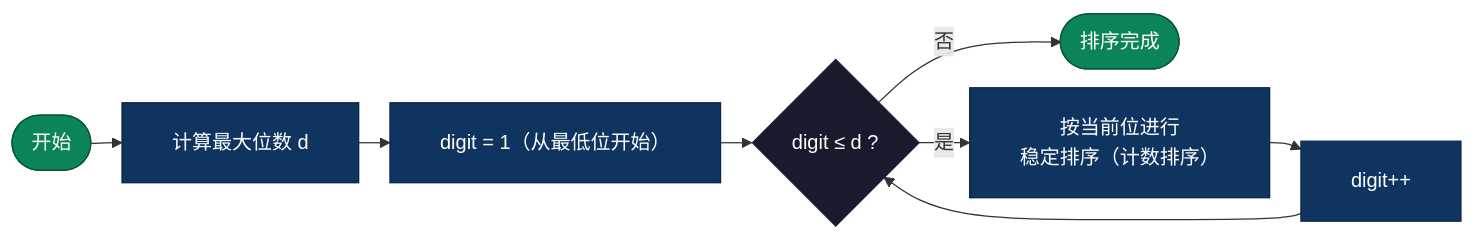
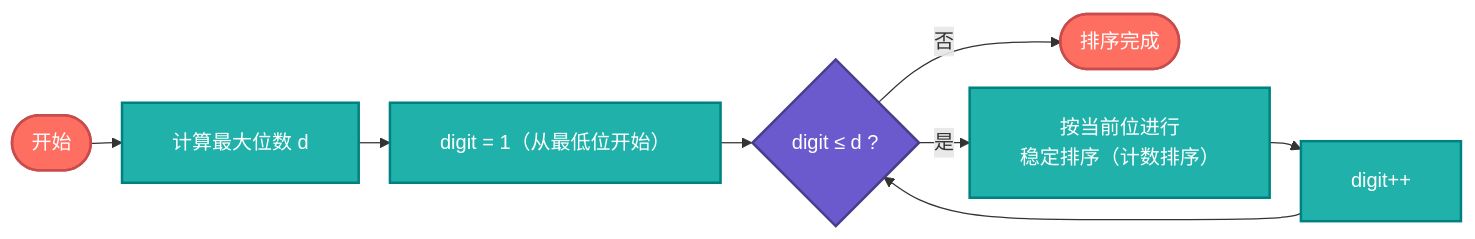
Diagram 11 of 14 in sorting/AI-Era-Top-10-Sorting-Algorithms.md (microwind/algorithms), drawn with Mermaid before and after one commit. The commit also changed other lines of this file and 36 other files, not shown here.

````diff
--- a/sorting/AI-Era-Top-10-Sorting-Algorithms.md
+++ b/sorting/AI-Era-Top-10-Sorting-Algorithms.md
@@ -679,19 +691,19 @@
 ```mermaid
 %%{init: {'flowchart': {'nodeSpacing': 15, 'rankSpacing': 25, 'padding': 20}}}%%
 graph LR
     S(["开始"]) --> MAXD["计算最大位数 d"]
     MAXD --> DINIT["digit = 1（从最低位开始）"]
     DINIT --> DCHK{"digit ≤ d ?"}
     DCHK -->|"否"| END(["排序完成"])
     DCHK -->|"是"| STABLE["按当前位进行\n稳定排序（计数排序）"]
     STABLE --> NEXT["digit++"]
     NEXT --> DCHK
 
-    classDef start fill:#0b8457,color:#fff,stroke:#065535
-    classDef decision fill:#1a1a2e,color:#fff,stroke:#16213e
-    classDef process fill:#0f3460,color:#fff,stroke:#0a2647
+    classDef start fill:#ff6f61,color:#fff,stroke:#c94c4c,stroke-width:2px
+    classDef decision fill:#6a5acd,color:#fff,stroke:#483d8b,stroke-width:2px
+    classDef process fill:#20b2aa,color:#fff,stroke:#008080,stroke-width:2px
 
     class S,END start
     class DCHK decision
     class MAXD,DINIT,STABLE,NEXT process
 ```
````
